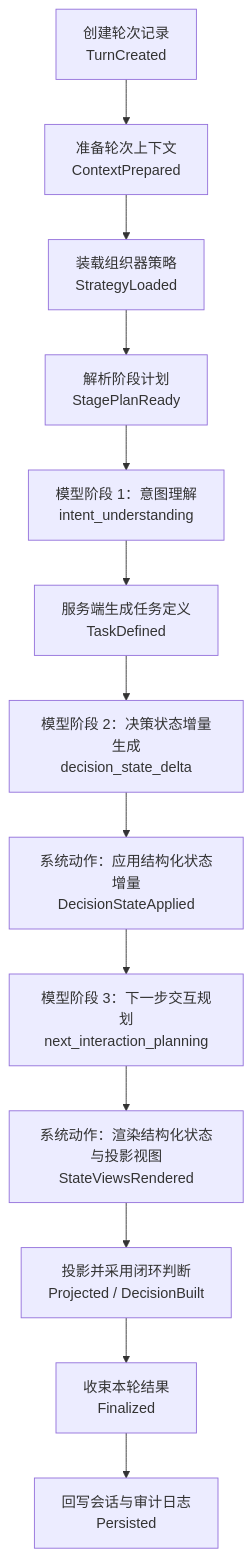
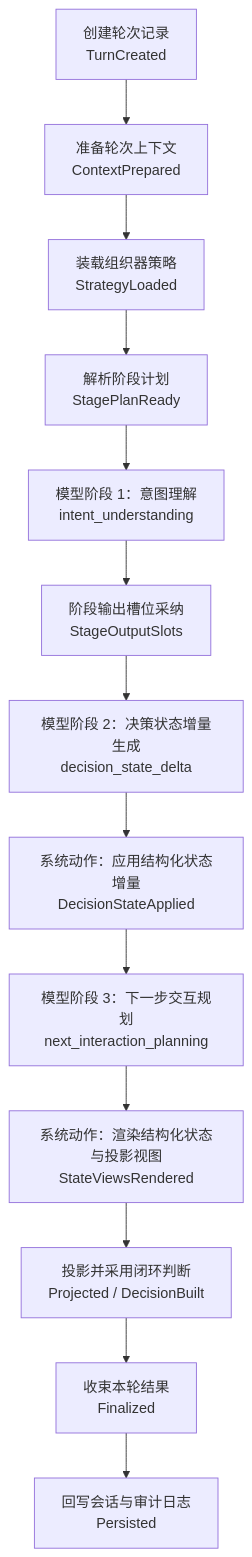
Before and after one commit to wgwtest/CodeFactoryV2: diagram 25 of 35 in DOC/CODEX_DOC/02_设计说明/P2_需求分析系统/P2-需求分析系统设计.md, drawn with Mermaid. The commit also changed other lines of this file, not shown here.

````diff
--- a/DOC/CODEX_DOC/02_设计说明/P2_需求分析系统/P2-需求分析系统设计.md
+++ b/DOC/CODEX_DOC/02_设计说明/P2_需求分析系统/P2-需求分析系统设计.md
@@ -3199,18 +3201,18 @@
 ```mermaid
 flowchart TB
   A["创建轮次记录<br/>TurnCreated"]
   B["准备轮次上下文<br/>ContextPrepared"]
   C["装载组织器策略<br/>StrategyLoaded"]
   D["解析阶段计划<br/>StagePlanReady"]
   E["模型阶段 1：意图理解<br/>intent_understanding"]
-  F["服务端生成任务定义<br/>TaskDefined"]
+  F["阶段输出槽位采纳<br/>StageOutputSlots"]
   G["模型阶段 2：决策状态增量生成<br/>decision_state_delta"]
   H["系统动作：应用结构化状态增量<br/>DecisionStateApplied"]
   I["模型阶段 3：下一步交互规划<br/>next_interaction_planning"]
   J["系统动作：渲染结构化状态与投影视图<br/>StateViewsRendered"]
   K["投影并采用闭环判断<br/>Projected / DecisionBuilt"]
   L["收束本轮结果<br/>Finalized"]
   M["回写会话与审计日志<br/>Persisted"]
 
   A --> B --> C --> D --> E --> F --> G --> H --> I --> J --> K --> L --> M
 ```
````
